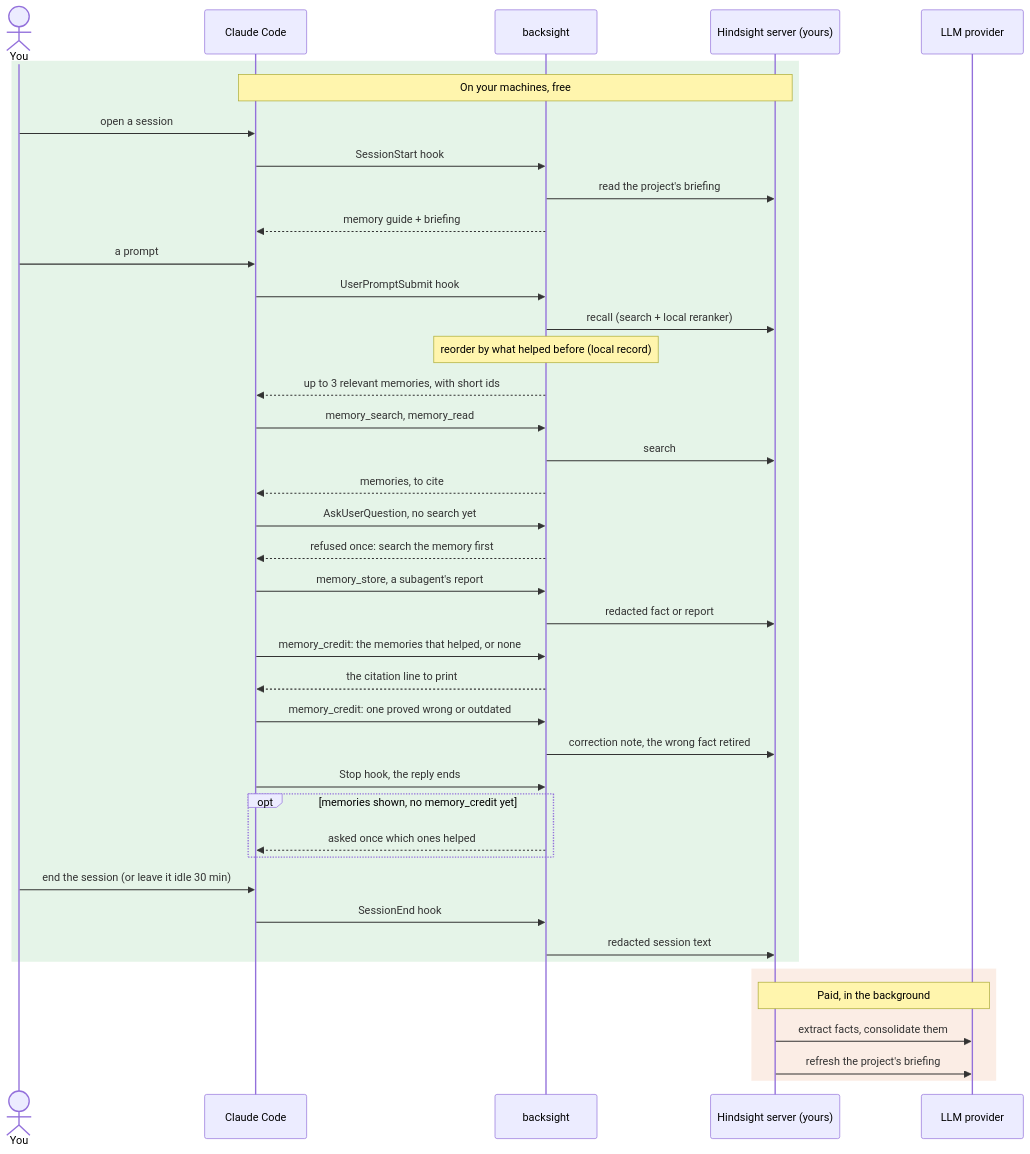
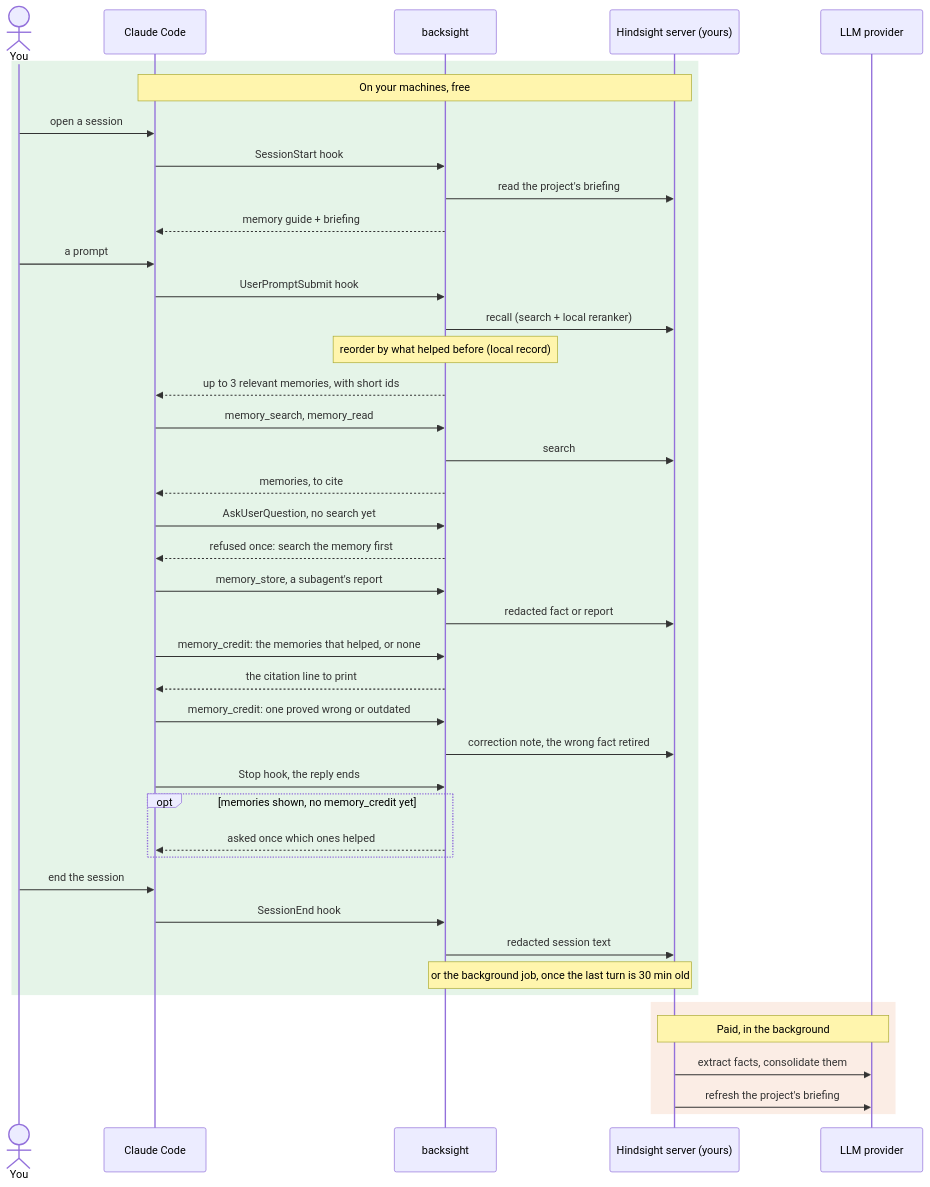
One commit to Barben360/backsight changed the first of 2 diagrams in README.md. Above: the diagram before and after it, drawn with Mermaid. The commit also changed other lines of this file and 23 other files, not shown here.

````diff
--- a/README.md
+++ b/README.md
@@ -78,45 +78,46 @@
 ```mermaid
 sequenceDiagram
     actor You
     participant CC as Claude Code
     participant BS as backsight
     participant HS as Hindsight server (yours)
     participant LLM as LLM provider
 
     rect rgba(46, 160, 67, 0.12)
     Note over CC,HS: On your machines, free
     You->>CC: open a session
     CC->>BS: SessionStart hook
     BS->>HS: read the project's briefing
     BS-->>CC: memory guide + briefing
     You->>CC: a prompt
     CC->>BS: UserPromptSubmit hook
     BS->>HS: recall (search + local reranker)
     Note over BS: reorder by what helped before (local record)
     BS-->>CC: up to 3 relevant memories, with short ids
     CC->>BS: memory_search, memory_read
     BS->>HS: search
     BS-->>CC: memories, to cite
     CC->>BS: AskUserQuestion, no search yet
     BS-->>CC: refused once: search the memory first
     CC->>BS: memory_store, a subagent's report
     BS->>HS: redacted fact or report
     CC->>BS: memory_credit: the memories that helped, or none
     BS-->>CC: the citation line to print
     CC->>BS: memory_credit: one proved wrong or outdated
     BS->>HS: correction note, the wrong fact retired
     CC->>BS: Stop hook, the reply ends
     opt memories shown, no memory_credit yet
     BS-->>CC: asked once which ones helped
     end
-    You->>CC: end the session (or leave it idle 30 min)
+    You->>CC: end the session
     CC->>BS: SessionEnd hook
     BS->>HS: redacted session text
+    Note over BS,HS: or the background job, once the last turn is 30 min old
     end
 
     rect rgba(219, 109, 40, 0.12)
     Note over HS,LLM: Paid, in the background
     HS->>LLM: extract facts, consolidate them
     HS->>LLM: refresh the project's briefing
     end
 ```
````
